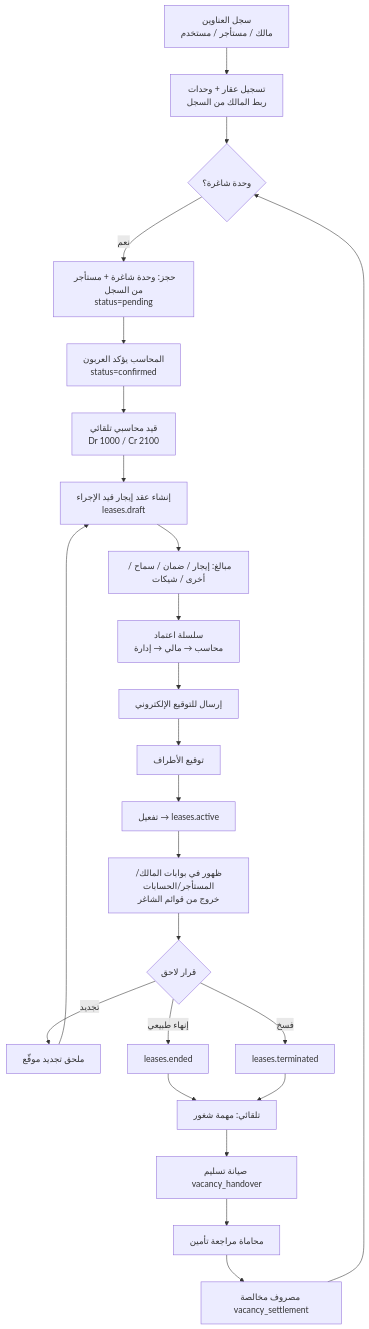
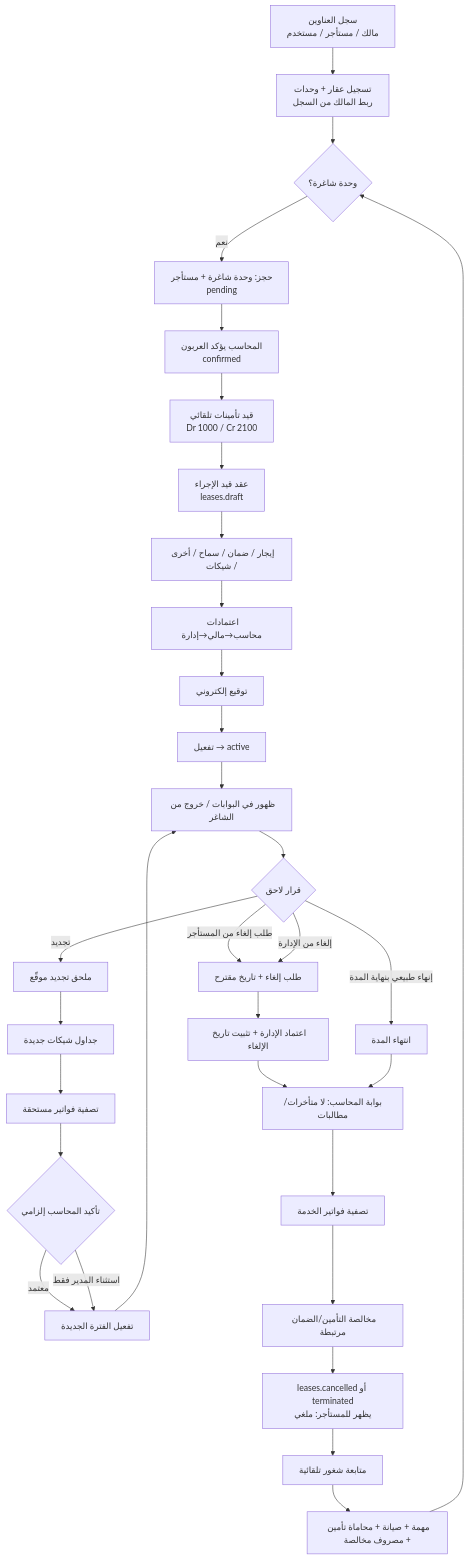
Before and after one commit to ainoamn/BHD-R: the first of 3 diagrams in docs/implementation/TRANSACTION-FLOW-MAP.md, drawn with Mermaid. The commit also changed other lines of this file and 4 other files, not shown here.

````diff
--- a/docs/implementation/TRANSACTION-FLOW-MAP.md
+++ b/docs/implementation/TRANSACTION-FLOW-MAP.md
@@ -19,26 +26,38 @@
 ```mermaid
 flowchart TD
   A[سجل العناوين<br/>مالك / مستأجر / مستخدم] --> B[تسجيل عقار + وحدات<br/>ربط المالك من السجل]
   B --> C{وحدة شاغرة؟}
-  C -->|نعم| D[حجز: وحدة شاغرة + مستأجر من السجل<br/>status=pending]
-  D --> E[المحاسب يؤكد العربون<br/>status=confirmed]
-  E --> F[قيد محاسبي تلقائي<br/>Dr 1000 / Cr 2100]
-  F --> G[إنشاء عقد إيجار قيد الإجراء<br/>leases.draft]
-  G --> H[مبالغ: إيجار / ضمان / سماح / أخرى / شيكات]
-  H --> I[سلسلة اعتماد<br/>محاسب → مالي → إدارة]
-  I --> J[إرسال للتوقيع الإلكتروني]
-  J --> K[توقيع الأطراف]
-  K --> L[تفعيل → leases.active]
-  L --> M[ظهور في بوابات المالك/المستأجر/الحسابات<br/>خروج من قوائم الشاغر]
-  M --> N{قرار لاحق}
-  N -->|تجديد| O[ملحق تجديد موقّع]
-  O --> G
-  N -->|إنهاء طبيعي| P[leases.ended]
-  N -->|فسخ| Q[leases.terminated]
-  P --> R[تلقائي: مهمة شغور]
-  Q --> R
-  R --> S[صيانة تسليم vacancy_handover]
-  S --> T[محاماة مراجعة تأمين]
-  T --> U[مصروف مخالصة vacancy_settlement]
-  U --> C
+  C -->|نعم| D[حجز: وحدة شاغرة + مستأجر<br/>pending]
+  D --> E[المحاسب يؤكد العربون<br/>confirmed]
+  E --> F[قيد تأمينات تلقائي<br/>Dr 1000 / Cr 2100]
+  F --> G[عقد قيد الإجراء<br/>leases.draft]
+  G --> H[إيجار / ضمان / سماح / أخرى / شيكات]
+  H --> I[اعتمادات محاسب→مالي→إدارة]
+  I --> J[توقيع إلكتروني]
+  J --> K[تفعيل → active]
+  K --> L[ظهور في البوابات / خروج من الشاغر]
+  L --> N{قرار لاحق}
+
+  N -->|تجديد| REN1[ملحق تجديد موقّع]
+  REN1 --> REN2[جداول شيكات جديدة]
+  REN2 --> REN3[تصفية فواتير مستحقة]
+  REN3 --> REN4{تأكيد المحاسب إلزامي}
+  REN4 -->|معتمد| REN5[تفعيل الفترة الجديدة]
+  REN4 -->|استثناء المدير فقط| REN5
+  REN5 --> L
+
+  N -->|طلب إلغاء من المستأجر| CX1[طلب إلغاء + تاريخ مقترح]
+  N -->|إلغاء من الإدارة| CX1
+  CX1 --> CX2[اعتماد الإدارة + تثبيت تاريخ الإلغاء]
+  CX2 --> CX3[بوابة المحاسب: لا متأخرات/مطالبات]
+  CX3 --> CX4[تصفية فواتير الخدمة]
+  CX4 --> CX5[مخالصة التأمين/الضمان مرتبطة]
+  CX5 --> CX6[leases.cancelled أو terminated<br/>يظهر للمستأجر: ملغي]
+  CX6 --> VAC[متابعة شغور تلقائية]
+
+  N -->|إنهاء طبيعي بنهاية المدة| END1[انتهاء المدة]
+  END1 --> CX3
+
+  VAC --> VAC2[مهمة + صيانة + محاماة تأمين + مصروف مخالصة]
+  VAC2 --> C
 ```
````
